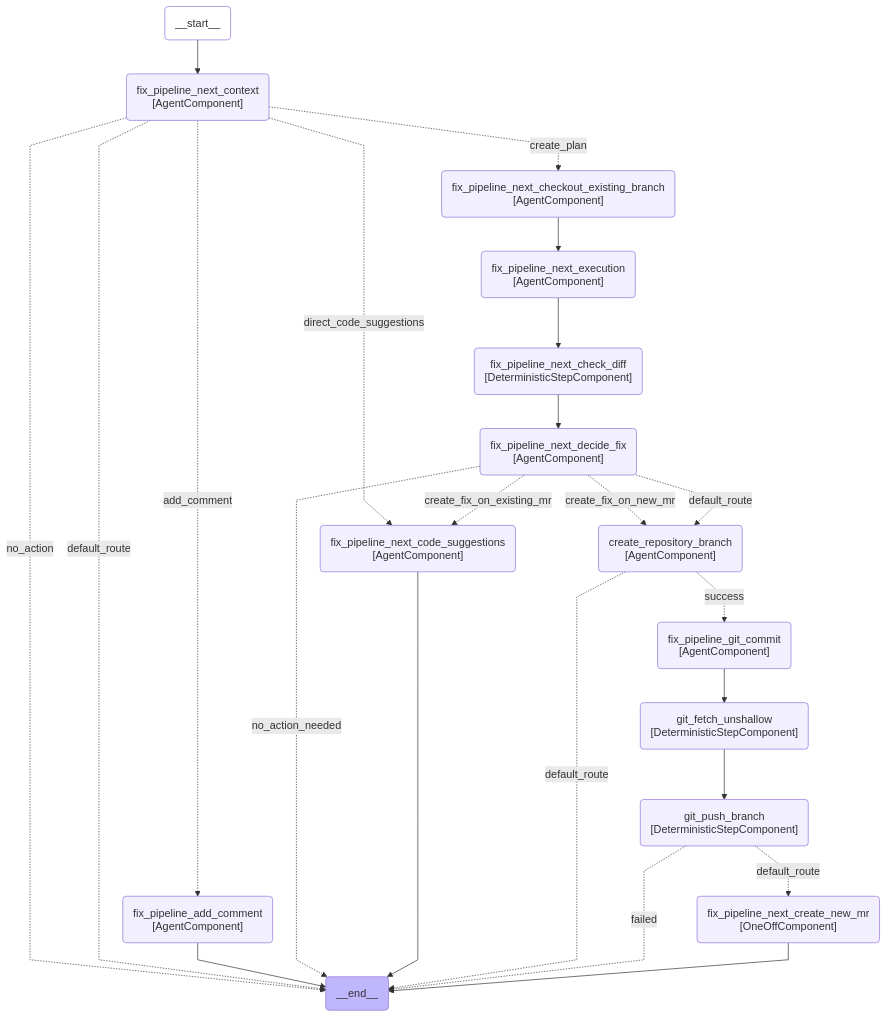
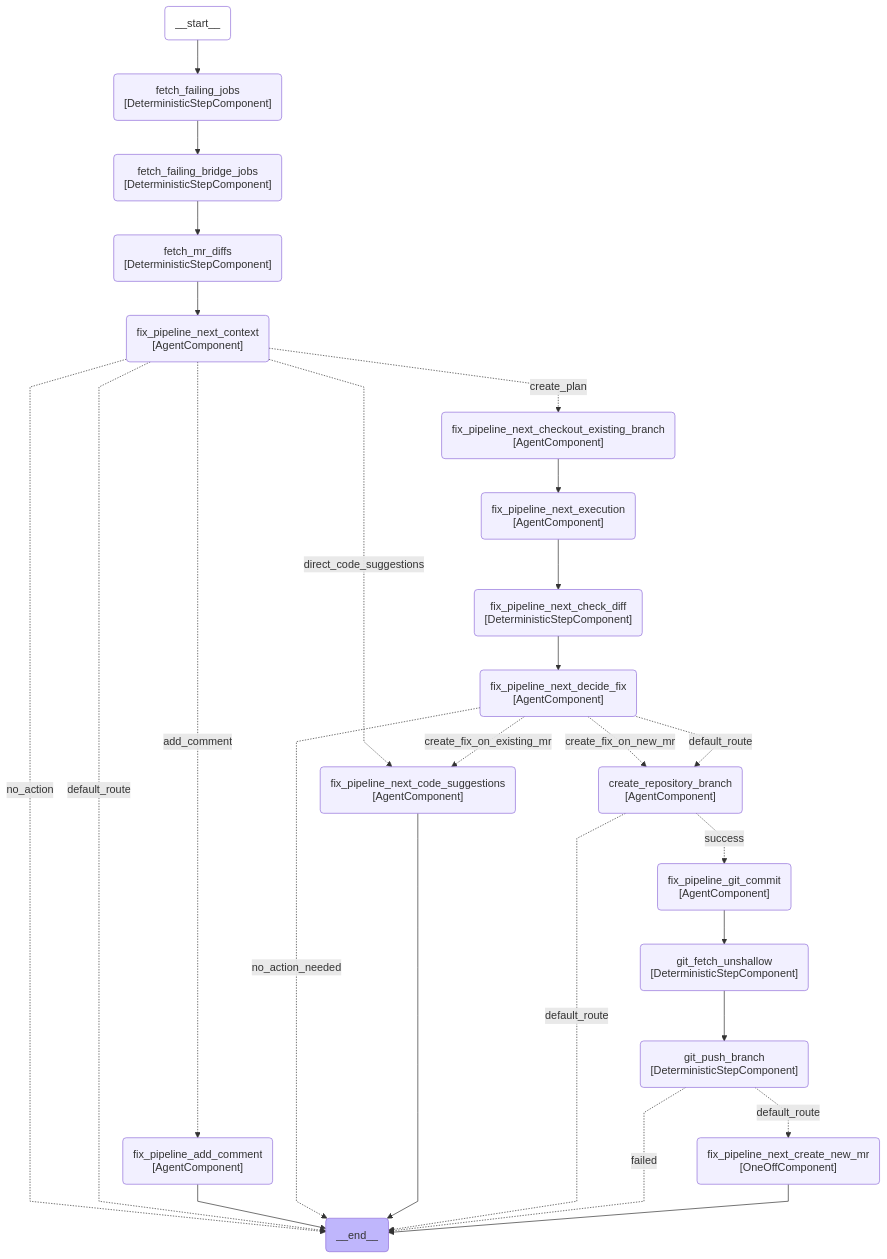
One commit to movax01h/ai-gateway changed diagram 17 of 25 in docs/duo_workflow_service_graphs.md. Above: the diagram before and after it, drawn with Mermaid. The commit also changed 3 other files, not shown here.

Commit message:
feat(fix-pipeline-next): WS7: Bootstrap fix_pipeline_next_context with deterministic tool fetches

````diff
--- a/docs/duo_workflow_service_graphs.md
+++ b/docs/duo_workflow_service_graphs.md
@@ -481,47 +481,53 @@
 ```mermaid
 ---
 config:
     flowchart:
         curve: linear
 ---
 graph TD;
     __start__(__start__):::first;
     __end__(__end__):::last;
-    __start__ --> fix_pipeline_next_context;
+    __start__ --> fetch_failing_jobs;
+    fetch_failing_jobs(fetch_failing_jobs<br>#91;DeterministicStepComponent#93;);
+    fetch_failing_bridge_jobs(fetch_failing_bridge_jobs<br>#91;DeterministicStepComponent#93;);
+    fetch_mr_diffs(fetch_mr_diffs<br>#91;DeterministicStepComponent#93;);
     fix_pipeline_next_context(fix_pipeline_next_context<br>#91;AgentComponent#93;);
     fix_pipeline_next_decide_fix(fix_pipeline_next_decide_fix<br>#91;AgentComponent#93;);
     fix_pipeline_next_code_suggestions(fix_pipeline_next_code_suggestions<br>#91;AgentComponent#93;);
     fix_pipeline_add_comment(fix_pipeline_add_comment<br>#91;AgentComponent#93;);
     create_repository_branch(create_repository_branch<br>#91;AgentComponent#93;);
     fix_pipeline_next_checkout_existing_branch(fix_pipeline_next_checkout_existing_branch<br>#91;AgentComponent#93;);
     fix_pipeline_next_check_diff(fix_pipeline_next_check_diff<br>#91;DeterministicStepComponent#93;);
     fix_pipeline_next_execution(fix_pipeline_next_execution<br>#91;AgentComponent#93;);
     fix_pipeline_git_commit(fix_pipeline_git_commit<br>#91;AgentComponent#93;);
     git_fetch_unshallow(git_fetch_unshallow<br>#91;DeterministicStepComponent#93;);
     git_push_branch(git_push_branch<br>#91;DeterministicStepComponent#93;);
     fix_pipeline_next_create_new_mr(fix_pipeline_next_create_new_mr<br>#91;OneOffComponent#93;);
+    fetch_failing_jobs --> fetch_failing_bridge_jobs;
+    fetch_failing_bridge_jobs --> fetch_mr_diffs;
+    fetch_mr_diffs --> fix_pipeline_next_context;
     fix_pipeline_next_context -.->|add_comment| fix_pipeline_add_comment;
     fix_pipeline_next_context -.->|create_plan| fix_pipeline_next_checkout_existing_branch;
     fix_pipeline_next_context -.->|direct_code_suggestions| fix_pipeline_next_code_suggestions;
     fix_pipeline_next_context -.->|no_action| __end__;
     fix_pipeline_next_context -.->|default_route| __end__;
     fix_pipeline_next_checkout_existing_branch --> fix_pipeline_next_execution;
     fix_pipeline_add_comment --> __end__;
     fix_pipeline_next_execution --> fix_pipeline_next_check_diff;
     fix_pipeline_next_check_diff --> fix_pipeline_next_decide_fix;
     fix_pipeline_next_decide_fix -.->|create_fix_on_existing_mr| fix_pipeline_next_code_suggestions;
     fix_pipeline_next_decide_fix -.->|create_fix_on_new_mr| create_repository_branch;
     fix_pipeline_next_decide_fix -.->|no_action_needed| __end__;
     fix_pipeline_next_decide_fix -.->|default_route| create_repository_branch;
     fix_pipeline_next_code_suggestions --> __end__;
     create_repository_branch -.->|success| fix_pipeline_git_commit;
     create_repository_branch -.->|default_route| __end__;
     fix_pipeline_git_commit --> git_fetch_unshallow;
     git_fetch_unshallow --> git_push_branch;
     git_push_branch -.->|failed| __end__;
     git_push_branch -.->|default_route| fix_pipeline_next_create_new_mr;
     fix_pipeline_next_create_new_mr --> __end__;
     classDef default fill:#f2f0ff,line-height:1.2;
     classDef first fill-opacity:0;
     classDef last fill:#bfb6fc;
 ```
````
